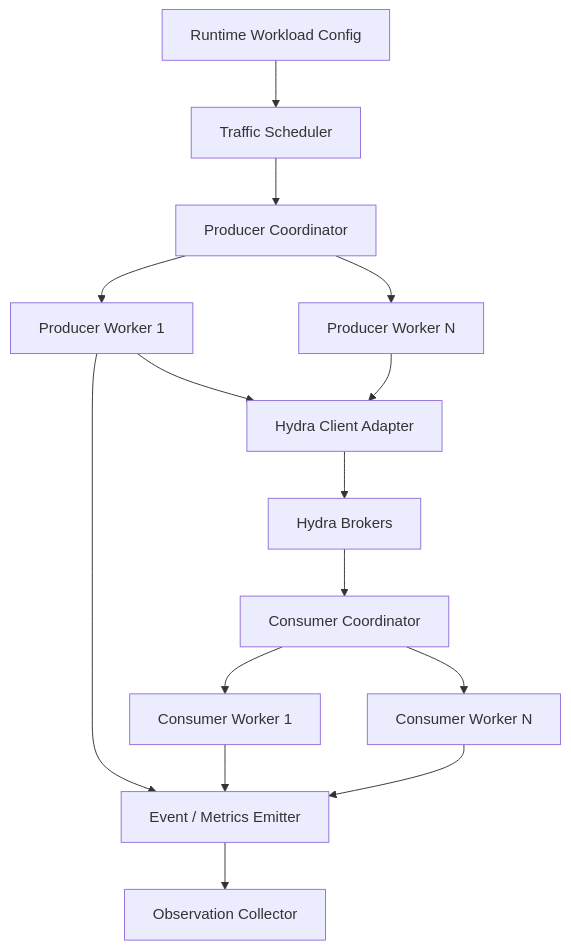
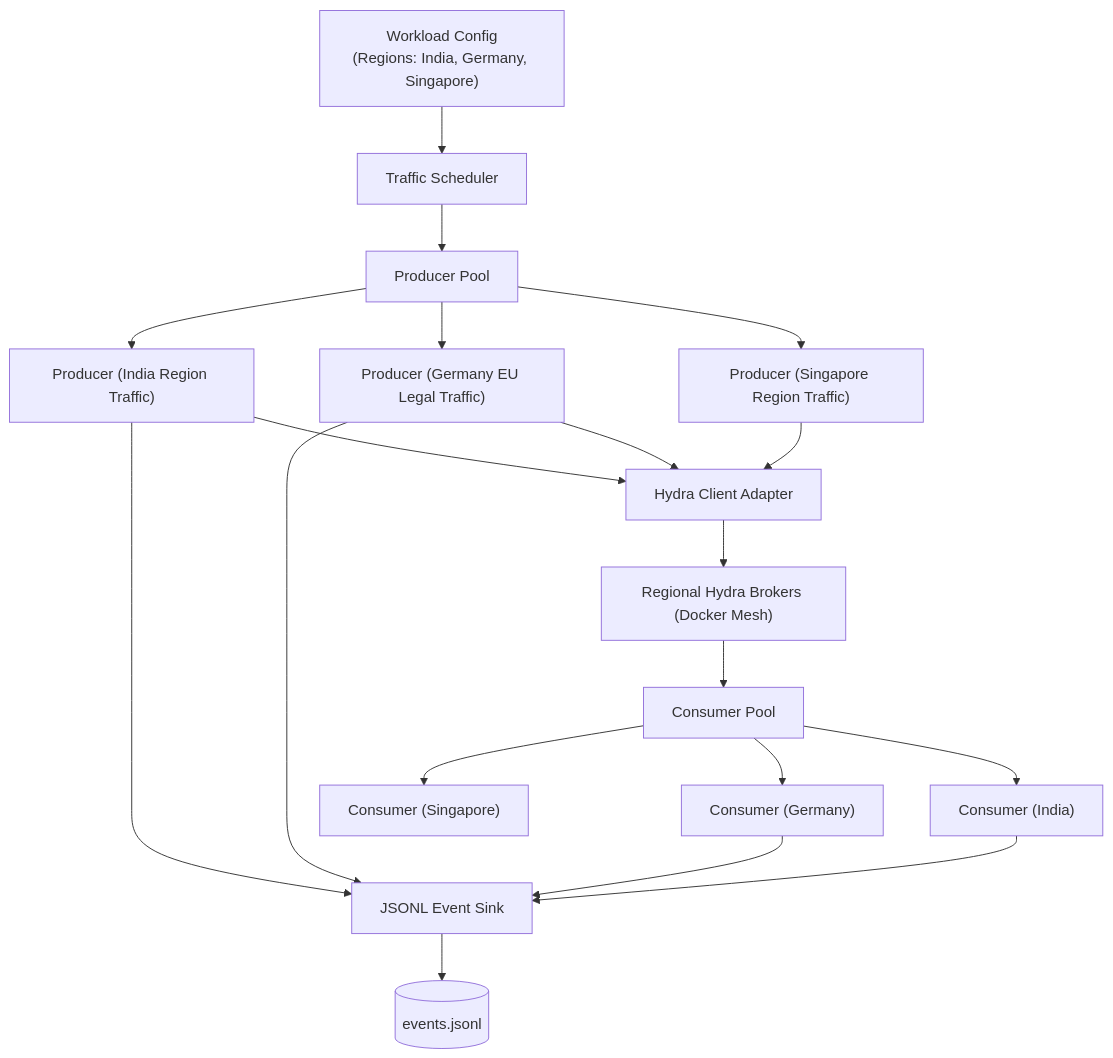
Before and after one commit to ansh0014/Hydra-Stream: the diagram in docs/05-workload-engine.md, drawn with Mermaid. The commit also changed other lines of this file and 3 other files, not shown here.

Commit message:
docs: complete multi-region lifecycle, workload, metrics, and testing documentation

````diff
--- a/docs/05-workload-engine.md
+++ b/docs/05-workload-engine.md
@@ -9,17 +12,27 @@
 ```mermaid
 flowchart TD
-    CFG[Runtime Workload Config] --> SCHED[Traffic Scheduler]
-    SCHED --> PG[Producer Coordinator]
-    PG --> P1[Producer Worker 1]
-    PG --> P2[Producer Worker N]
-    P1 --> CLIENT[Hydra Client Adapter]
-    P2 --> CLIENT
-    CLIENT --> BROKER[Hydra Brokers]
-    BROKER --> CG[Consumer Coordinator]
-    CG --> C1[Consumer Worker 1]
-    CG --> C2[Consumer Worker N]
-    P1 --> EVENTS[Event / Metrics Emitter]
-    C1 --> EVENTS
-    C2 --> EVENTS
-    EVENTS --> COLLECTOR[Observation Collector]
+    CFG["Workload Config\n(Regions: India, Germany, Singapore)"] --> SCHED["Traffic Scheduler"]
+    
+    SCHED --> PG["Producer Pool"]
+    PG --> P_IN["Producer (India Region Traffic)"]
+    PG --> P_DE["Producer (Germany EU Legal Traffic)"]
+    PG --> P_SG["Producer (Singapore Region Traffic)"]
+
+    P_IN --> ADAPT["Hydra Client Adapter"]
+    P_DE --> ADAPT
+    P_SG --> ADAPT
+
+    ADAPT --> BROKERS["Regional Hydra Brokers (Docker Mesh)"]
+
+    BROKERS --> CG["Consumer Pool"]
+    CG --> C_IN["Consumer (India)"]
+    CG --> C_DE["Consumer (Germany)"]
+    CG --> C_SG["Consumer (Singapore)"]
+
+    P_IN --> SINK["JSONL Event Sink"]
+    P_DE --> SINK
+    C_DE --> SINK
+    C_IN --> SINK
+
+    SINK --> LOG[("events.jsonl")]
 ```
````
